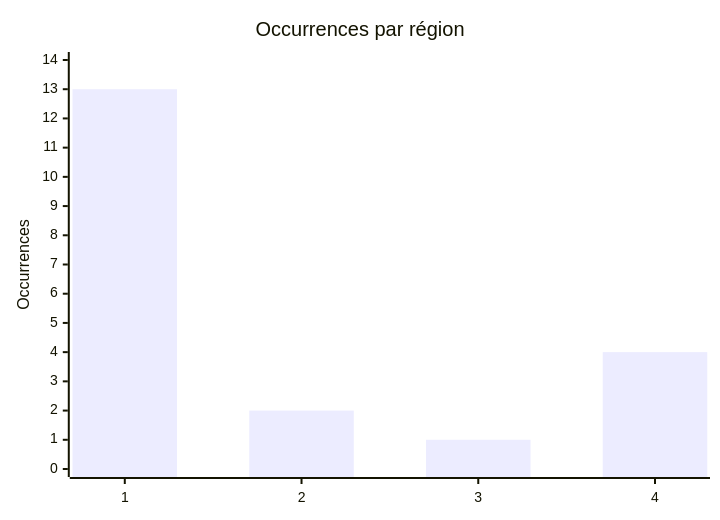
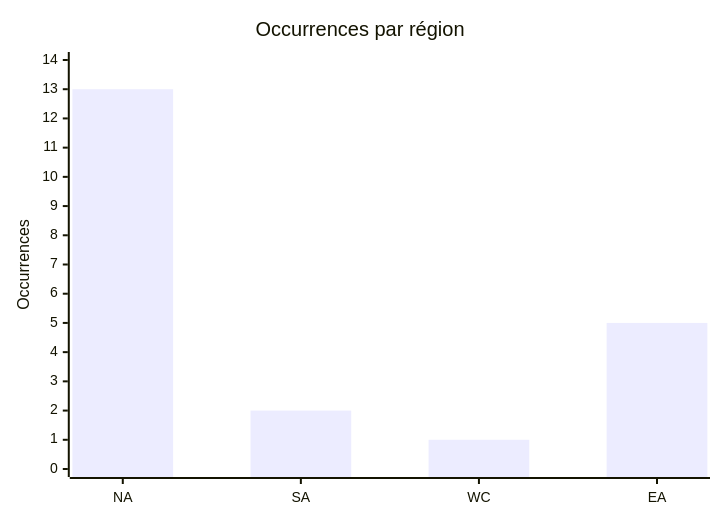
Before and after one commit to Hatchepsoute/AFRINTEL: the fourth of 6 diagrams in CyberAttackAfrica/2025/07-july/README_FR.md, drawn with Mermaid. The commit also changed other lines of this file and 112 other files, not shown here.

````diff
--- a/CyberAttackAfrica/2025/07-july/README_FR.md
+++ b/CyberAttackAfrica/2025/07-july/README_FR.md
@@ -150,7 +160,7 @@
 ```mermaid
 xychart-beta
     title "Occurrences par région"
-    x-axis ["1","2","3","4"]
+    x-axis ["NA","SA","WC","EA"]
     y-axis "Occurrences" 0 --> 14
-    bar [13,2,1,4]
+    bar [13,2,1,5]
 ```
````
